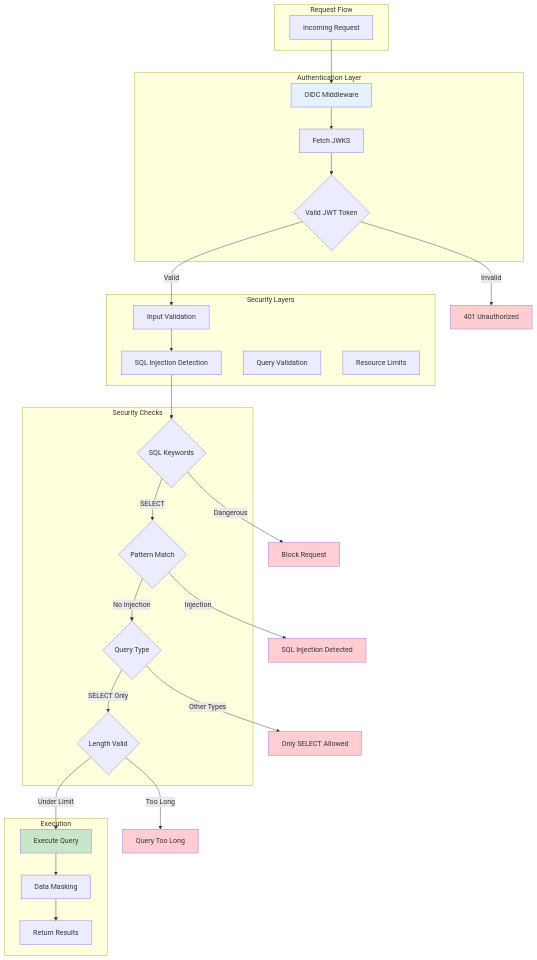
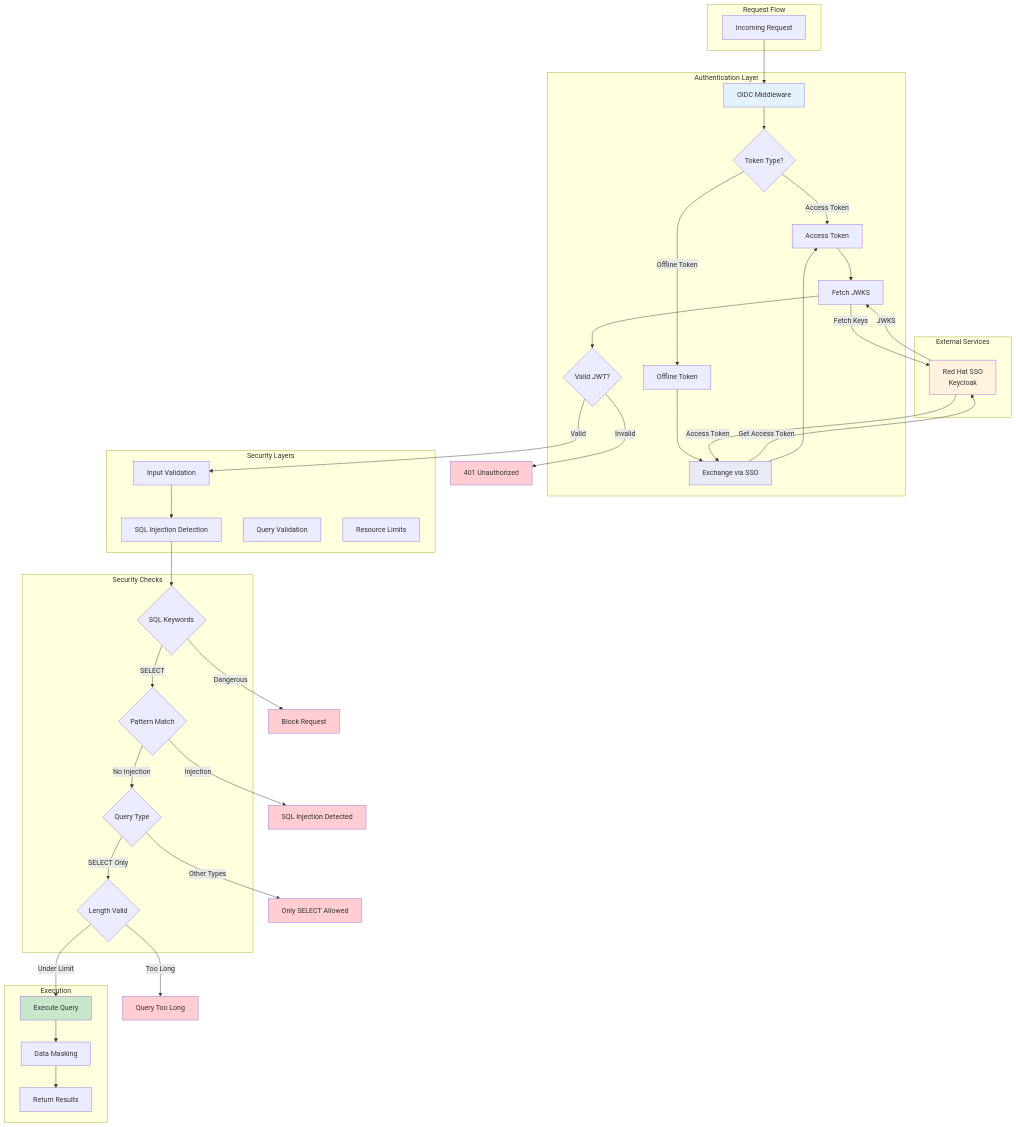
Before and after one commit to konflux-ci/konflux-devlake-mcp: the diagram in docs/security-architecture.mmd, drawn with Mermaid. The commit also changed 12 other files, not shown here.

Commit message:
feat: support auth via SSO offline token

```diff
--- a/docs/security-architecture.mmd
+++ b/docs/security-architecture.mmd
@@ -1,56 +1,75 @@
 graph TB
     subgraph "Request Flow"
         REQ[Incoming Request]
     end
 
     subgraph "Authentication Layer"
         AUTH[OIDC Middleware]
-        JWT{Valid JWT Token}
+        TTYPE{Token Type?}
+        ACCESS[Access Token]
+        OFFLINE[Offline Token]
+        EXCHANGE[Exchange via SSO]
         JWKS[Fetch JWKS]
+        JWT{Valid JWT?}
+    end
+
+    subgraph "External Services"
+        SSO[Red Hat SSO<br/>Keycloak]
     end
 
     subgraph "Security Layers"
         L1[Input Validation]
         L2[SQL Injection Detection]
         L3[Query Validation]
         L4[Resource Limits]
     end
 
     subgraph "Security Checks"
         CHECK1{SQL Keywords}
         CHECK2{Pattern Match}
         CHECK3{Query Type}
         CHECK4{Length Valid}
     end
 
     subgraph "Execution"
         EXEC[Execute Query]
         MASK[Data Masking]
         RETURN[Return Results]
     end
 
     REQ --> AUTH
-    AUTH --> JWKS
+    AUTH --> TTYPE
+    TTYPE -->|Access Token| ACCESS
+    TTYPE -->|Offline Token| OFFLINE
+    OFFLINE --> EXCHANGE
+    EXCHANGE -->|Get Access Token| SSO
+    SSO -->|Access Token| EXCHANGE
+    EXCHANGE --> ACCESS
+    ACCESS --> JWKS
+    JWKS -->|Fetch Keys| SSO
+    SSO -->|JWKS| JWKS
     JWKS --> JWT
     JWT -->|Valid| L1
     JWT -->|Invalid| BLOCK0[401 Unauthorized]
     L1 --> L2
     L2 --> CHECK1
     CHECK1 -->|SELECT| CHECK2
     CHECK1 -->|Dangerous| BLOCK1[Block Request]
     CHECK2 -->|No Injection| CHECK3
     CHECK2 -->|Injection| BLOCK2[SQL Injection Detected]
     CHECK3 -->|SELECT Only| CHECK4
     CHECK3 -->|Other Types| BLOCK3[Only SELECT Allowed]
     CHECK4 -->|Under Limit| EXEC
     CHECK4 -->|Too Long| BLOCK4[Query Too Long]
     EXEC --> MASK
     MASK --> RETURN
 
     style BLOCK0 fill:#ffcdd2
     style BLOCK1 fill:#ffcdd2
     style BLOCK2 fill:#ffcdd2
     style BLOCK3 fill:#ffcdd2
     style BLOCK4 fill:#ffcdd2
     style EXEC fill:#c8e6c9
     style AUTH fill:#e3f2fd
+    style SSO fill:#fff3e0
+    style EXCHANGE fill:#e8eaf6
```
